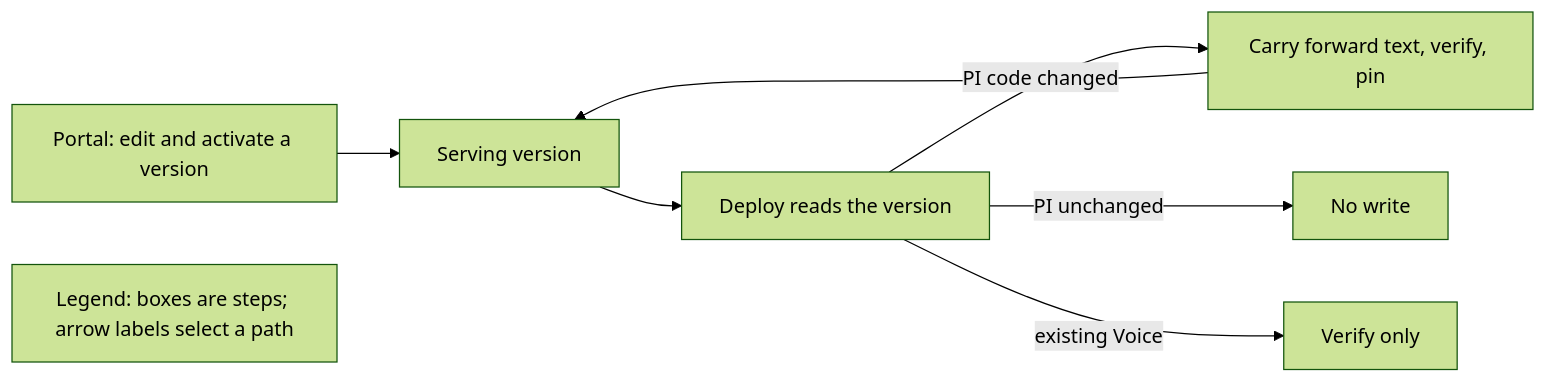
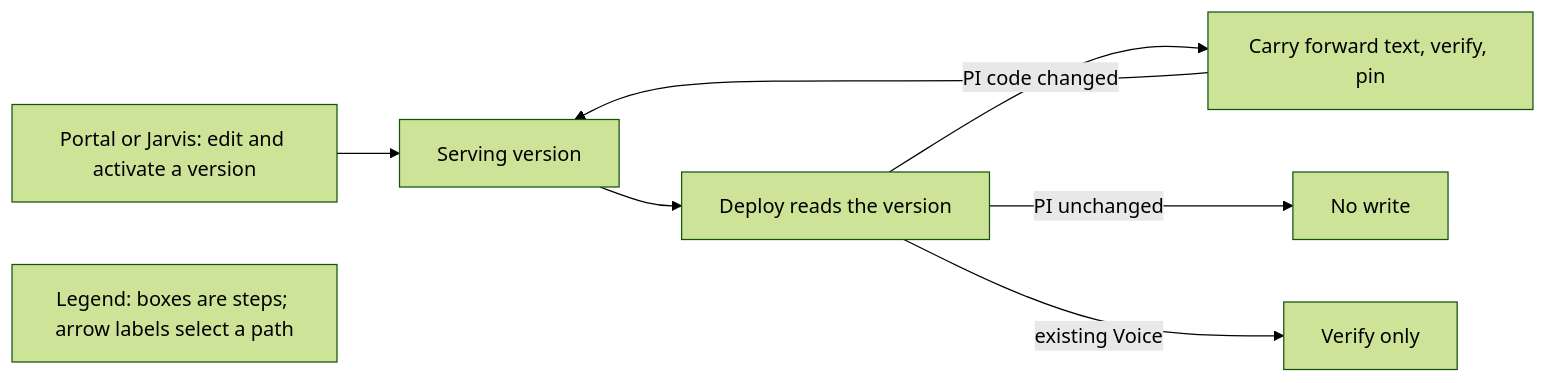
One commit to DanAakesen/jarvis changed the second of 8 diagrams in docs/architecture.md. Above: the diagram before and after it, drawn with Mermaid (forest theme). The commit also changed other lines of this file and 18 other files, not shown here.

````diff
--- a/docs/architecture.md
+++ b/docs/architecture.md
@@ -64,10 +66,10 @@
 ```mermaid
 flowchart LR
-    PORTAL["Portal: edit and activate a version"] --> ACTIVE["Serving version"]
+    PORTAL["Portal or Jarvis: edit and activate a version"] --> ACTIVE["Serving version"]
     ACTIVE --> DEPLOY["Deploy reads the version"]
     DEPLOY -->|PI code changed| VERSION["Carry forward text, verify, pin"]
     DEPLOY -->|PI unchanged| NONE["No write"]
     DEPLOY -->|existing Voice| VERIFY["Verify only"]
     VERSION --> ACTIVE
     LEG["Legend: boxes are steps; arrow labels select a path"]
 ```
````
